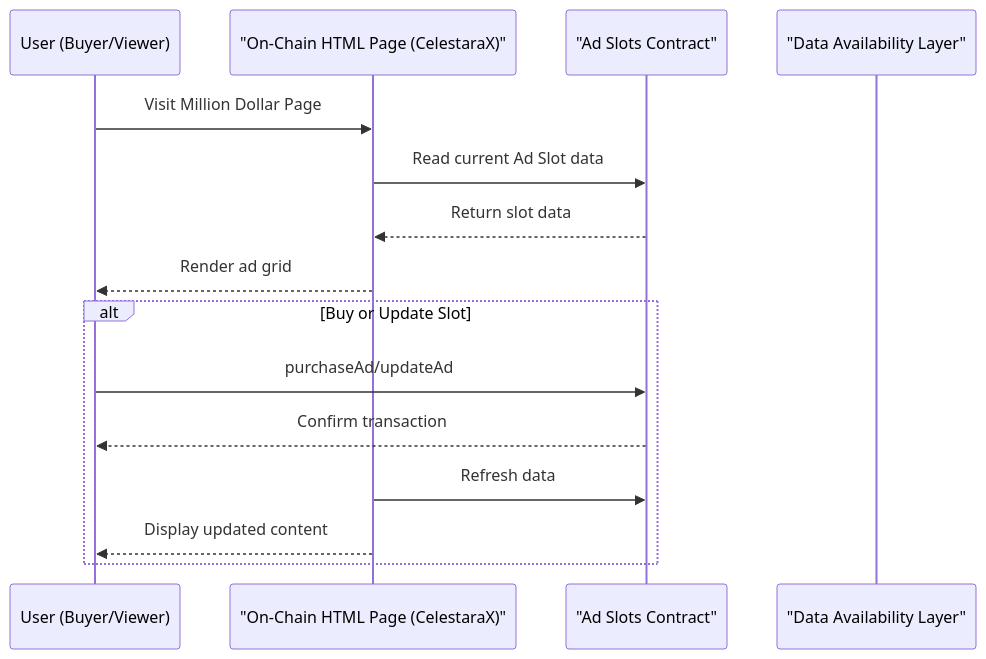
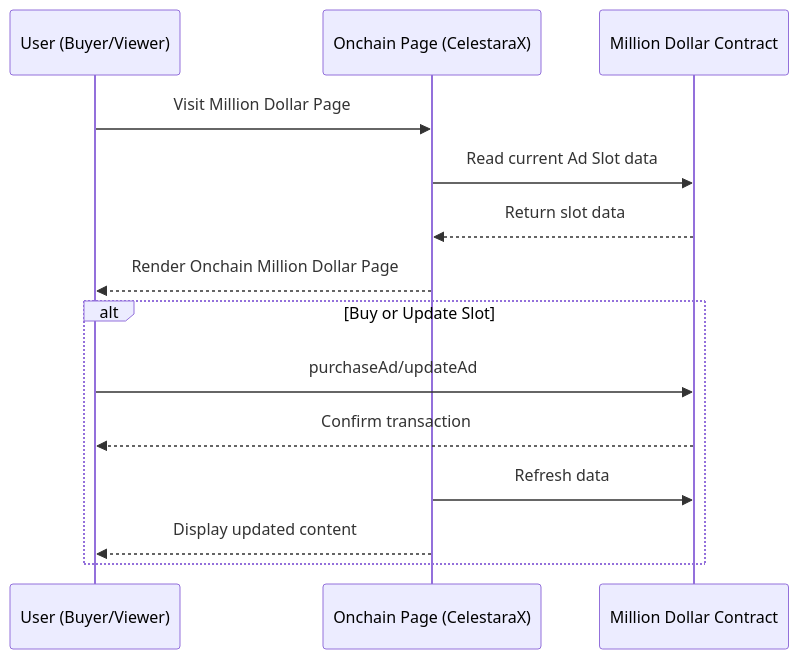
One commit to CelestaraX/CelestaraX-FE changed the second of 2 diagrams in README.md. Above: the diagram before and after it, drawn with Mermaid. The commit also changed other lines of this file, not shown here.

````diff
--- a/README.md
+++ b/README.md
@@ -76,19 +76,18 @@
 ```mermaid
 sequenceDiagram
     participant User as User (Buyer/Viewer)
-    participant OnchainPage as "On-Chain HTML Page (CelestaraX)"
-    participant AdContract as "Ad Slots Contract"
-    participant Celestia as "Data Availability Layer"
+    participant OnchainPage as Onchain Page (CelestaraX)
+    participant AdContract as Million Dollar Contract
 
     User->>OnchainPage: Visit Million Dollar Page
     OnchainPage->>AdContract: Read current Ad Slot data
     AdContract-->>OnchainPage: Return slot data
-    OnchainPage-->>User: Render ad grid
+    OnchainPage-->>User: Render Onchain Million Dollar Page
 
     alt Buy or Update Slot
         User->>AdContract: purchaseAd/updateAd
         AdContract-->>User: Confirm transaction
         OnchainPage->>AdContract: Refresh data
         OnchainPage-->>User: Display updated content
     end
 ```
````
